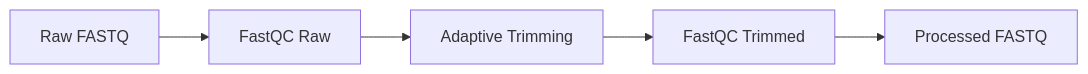
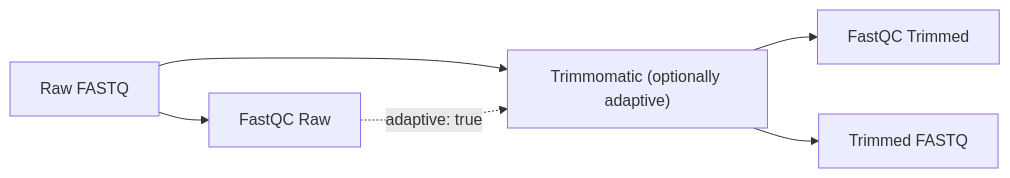
One commit to boulardlab/3t-seq changed the diagram in docs/modules/preprocessing.md. Above: the diagram before and after it, drawn with Mermaid. The commit also changed other lines of this file, not shown here.

First line of the commit message:
docs(preprocessing): FastQC only drives trimming in adaptive mode

````diff
--- a/docs/modules/preprocessing.md
+++ b/docs/modules/preprocessing.md
@@ -7,7 +7,8 @@
 ```mermaid
 graph LR
     A[Raw FASTQ] --> B[FastQC Raw]
-    B --> C[Adaptive Trimming]
+    A --> C["Trimmomatic (optionally adaptive)"]
+    B -.->|adaptive: true| C
     C --> D[FastQC Trimmed]
-    D --> E[Processed FASTQ]
+    C --> E[Trimmed FASTQ]
 ```
````
